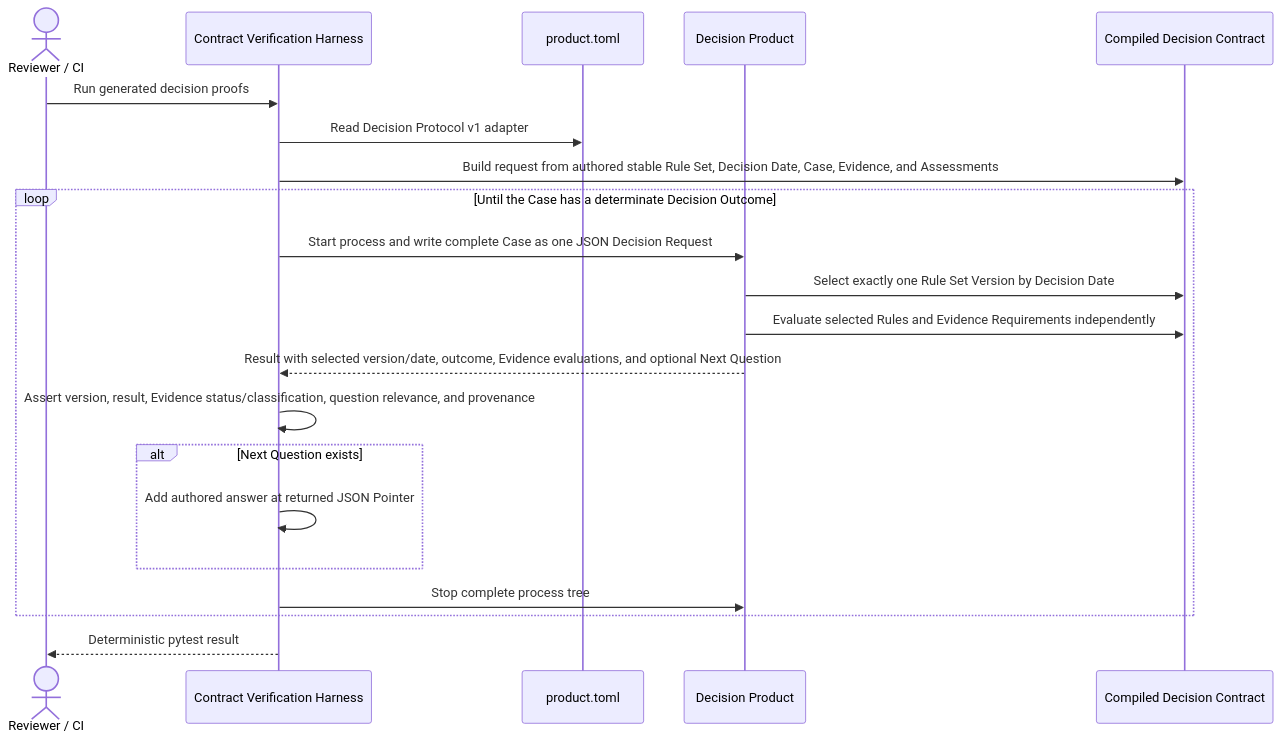
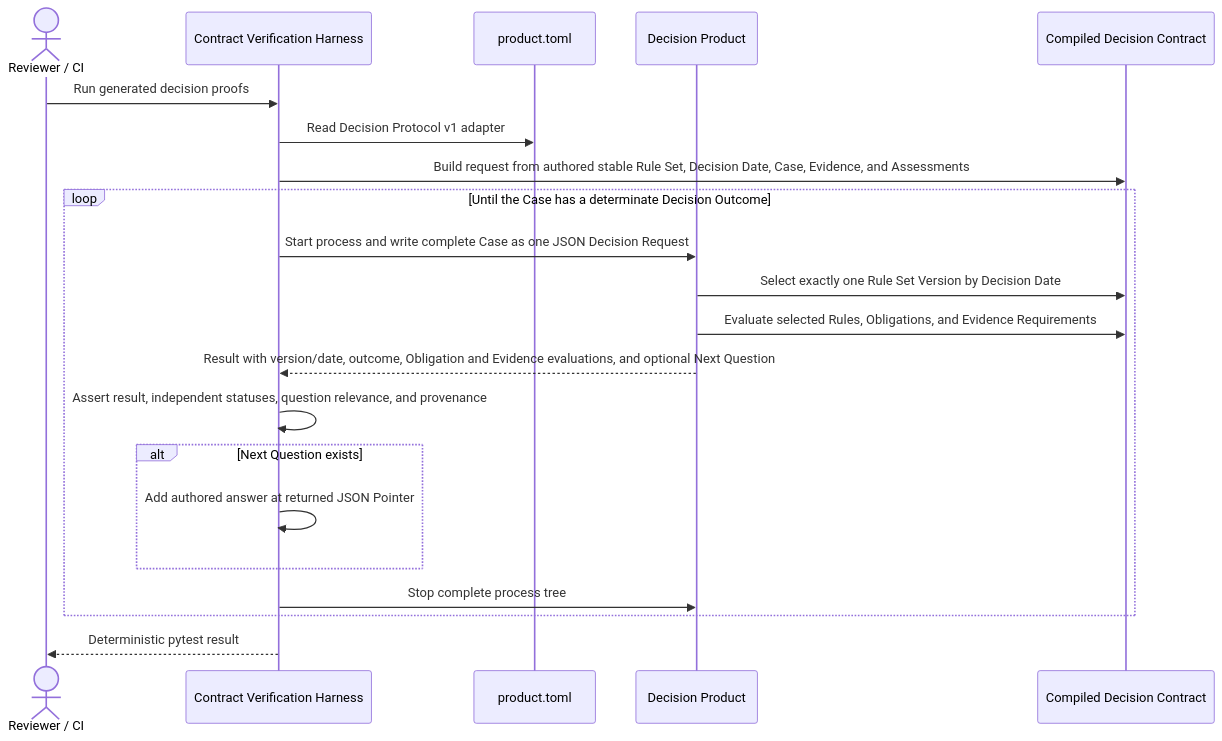
One commit to arturmiller/spec-compiler changed the third of 6 diagrams in docs/architecture/arc42.md. Above: the diagram before and after it, drawn with Mermaid. The commit also changed other lines of this file and 48 other files, not shown here.

````diff
--- a/docs/architecture/arc42.md
+++ b/docs/architecture/arc42.md
@@ -278,24 +281,24 @@
 ```mermaid
 sequenceDiagram
     actor Operator as Reviewer / CI
     participant Harness as Contract Verification Harness
     participant Manifest as product.toml
     participant Product as Decision Product
     participant Contract as Compiled Decision Contract
 
     Operator->>Harness: Run generated decision proofs
     Harness->>Manifest: Read Decision Protocol v1 adapter
     Harness->>Contract: Build request from authored stable Rule Set, Decision Date, Case, Evidence, and Assessments
     loop Until the Case has a determinate Decision Outcome
         Harness->>Product: Start process and write complete Case as one JSON Decision Request
         Product->>Contract: Select exactly one Rule Set Version by Decision Date
-        Product->>Contract: Evaluate selected Rules and Evidence Requirements independently
-        Product-->>Harness: Result with selected version/date, outcome, Evidence evaluations, and optional Next Question
-        Harness->>Harness: Assert version, result, Evidence status/classification, question relevance, and provenance
+        Product->>Contract: Evaluate selected Rules, Obligations, and Evidence Requirements
+        Product-->>Harness: Result with version/date, outcome, Obligation and Evidence evaluations, and optional Next Question
+        Harness->>Harness: Assert result, independent statuses, question relevance, and provenance
         alt Next Question exists
             Harness->>Harness: Add authored answer at returned JSON Pointer
         end
         Harness->>Product: Stop complete process tree
     end
     Harness-->>Operator: Deterministic pytest result
 ```
````
